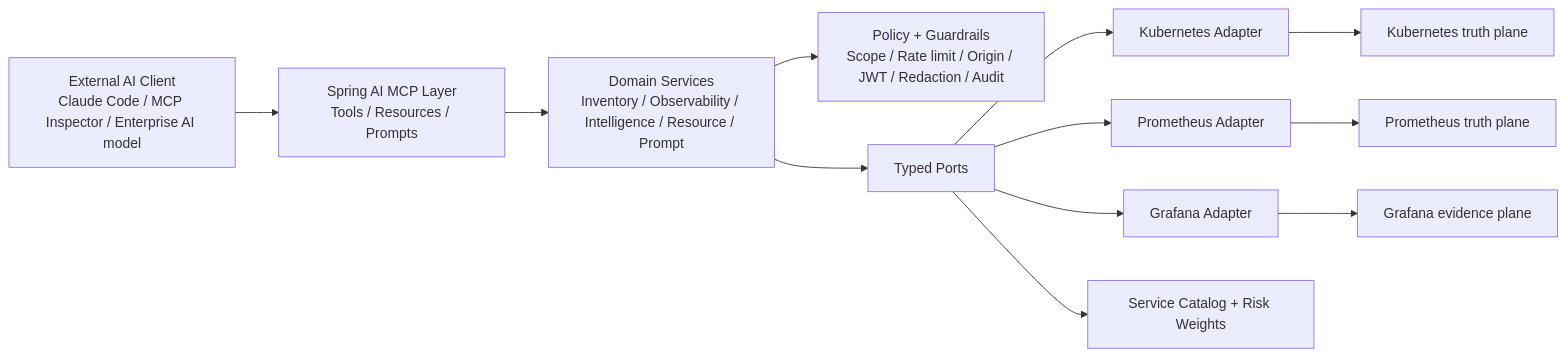
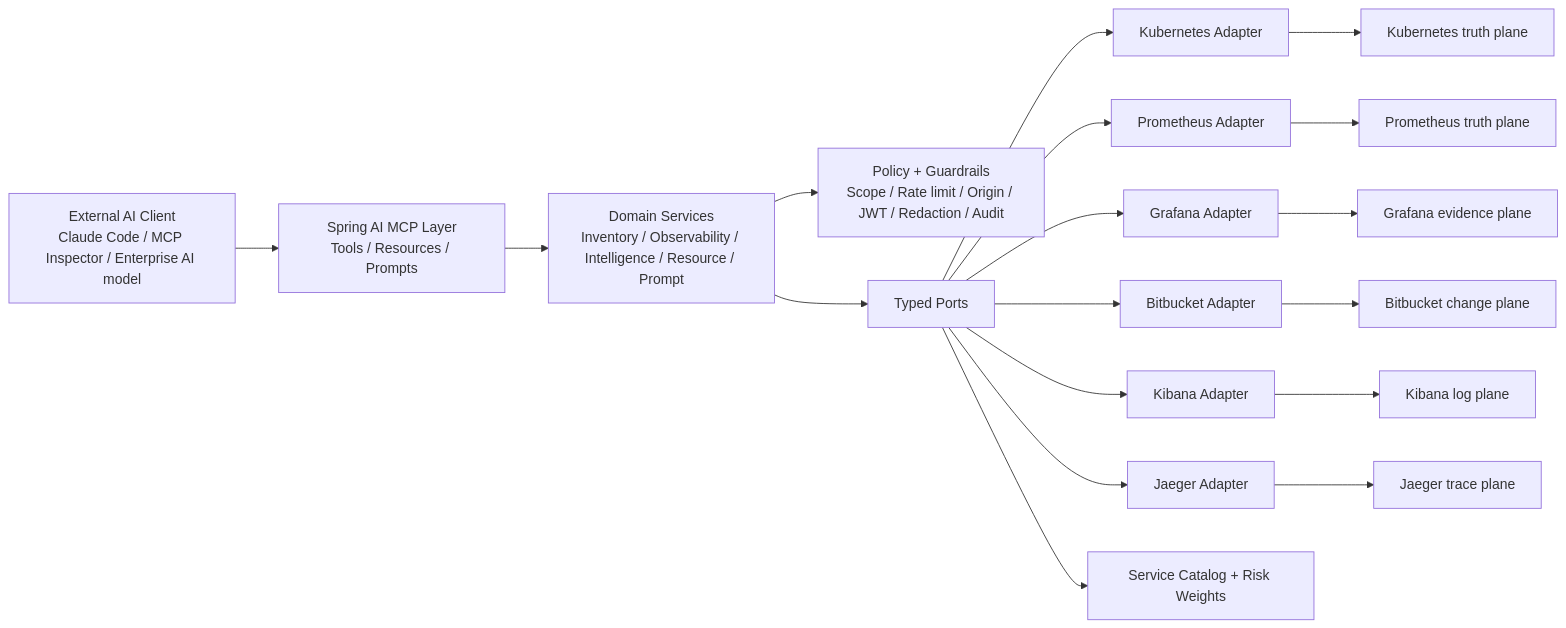
One commit to rajatyadav2505/mcp_prodops changed the diagram in README.md. Above: the diagram before and after it, drawn with Mermaid. The commit also changed other lines of this file and 97 other files, not shown here.

Commit message:
Add Bitbucket, Kibana, and Jaeger RCA intelligence

````diff
--- a/README.md
+++ b/README.md
@@ -28,14 +29,20 @@
 ```mermaid
 flowchart LR
     Client["External AI Client\nClaude Code / MCP Inspector / Enterprise AI model"] --> MCP["Spring AI MCP Layer\nTools / Resources / Prompts"]
     MCP --> Services["Domain Services\nInventory / Observability / Intelligence / Resource / Prompt"]
     Services --> Policy["Policy + Guardrails\nScope / Rate limit / Origin / JWT / Redaction / Audit"]
     Services --> Ports["Typed Ports"]
     Ports --> K8s["Kubernetes Adapter"]
     Ports --> Prom["Prometheus Adapter"]
     Ports --> Graf["Grafana Adapter"]
+    Ports --> Bitbucket["Bitbucket Adapter"]
+    Ports --> Kibana["Kibana Adapter"]
+    Ports --> Jaeger["Jaeger Adapter"]
     Ports --> Catalog["Service Catalog + Risk Weights"]
     K8s --> Runtime["Kubernetes truth plane"]
     Prom --> Metrics["Prometheus truth plane"]
     Graf --> Evidence["Grafana evidence plane"]
+    Bitbucket --> Changes["Bitbucket change plane"]
+    Kibana --> Logs["Kibana log plane"]
+    Jaeger --> Traces["Jaeger trace plane"]
 ```
````
